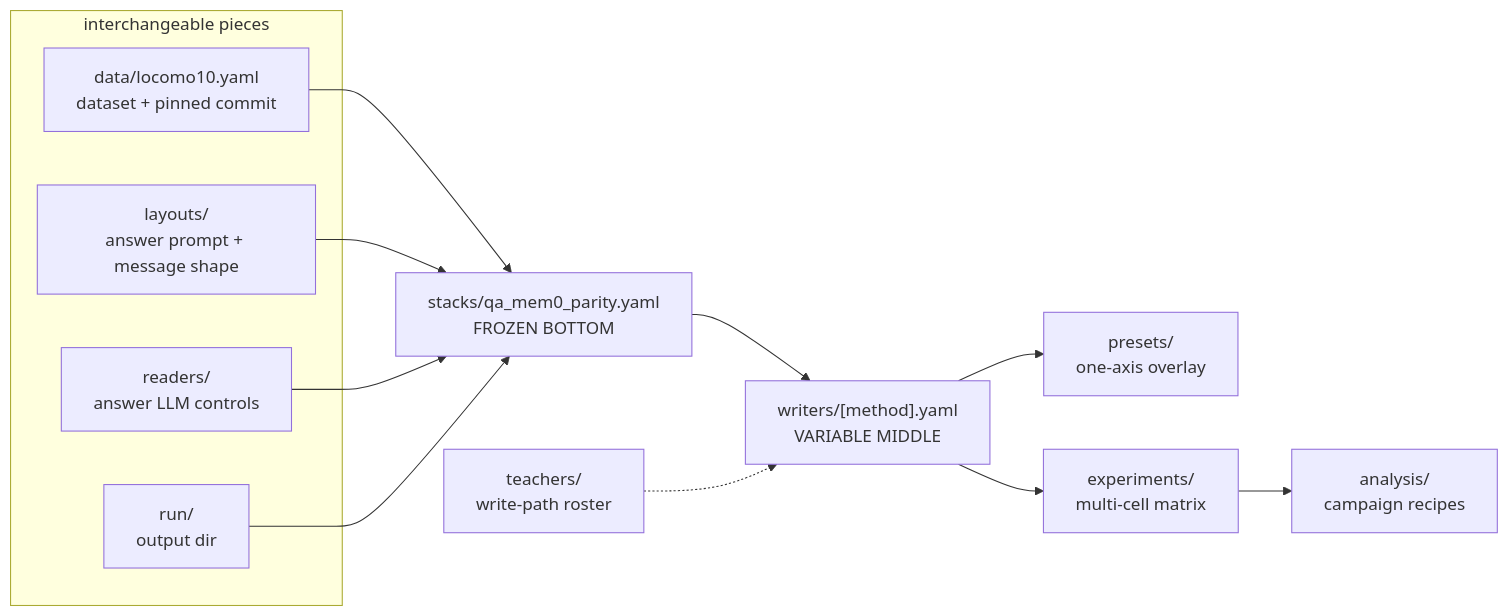
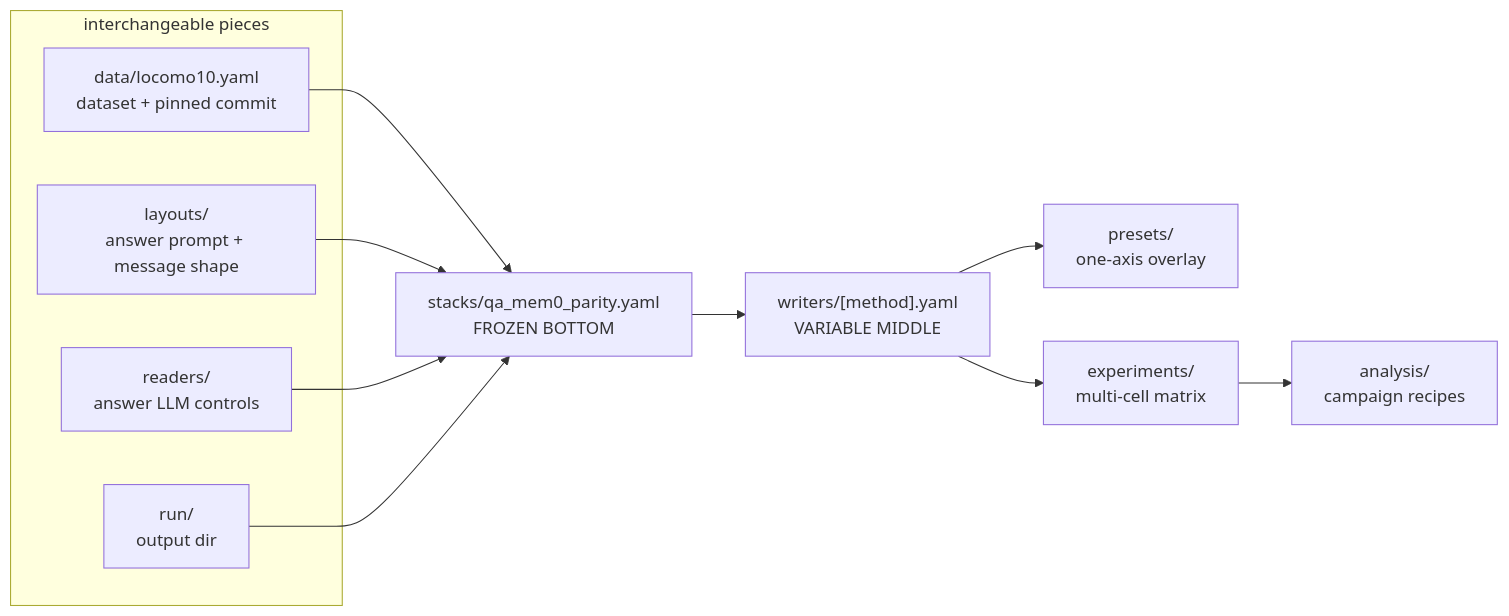
Before and after one commit to park-jsdev/long-term-memory-eval: the second of 12 diagrams in README.md, drawn with Mermaid. The commit also changed other lines of this file and 213 other files, not shown here.

````diff
--- a/README.md
+++ b/README.md
@@ -119,26 +119,24 @@
 ```mermaid
 flowchart LR
   subgraph Pieces["interchangeable pieces"]
     D["data/locomo10.yaml<br/>dataset + pinned commit"]
     L["layouts/<br/>answer prompt + message shape"]
     R["readers/<br/>answer LLM controls"]
     RUN["run/<br/>output dir"]
   end
 
   S["stacks/qa_mem0_parity.yaml<br/>FROZEN BOTTOM"]
   W["writers/[method].yaml<br/>VARIABLE MIDDLE"]
-  T["teachers/<br/>write-path roster"]
   P["presets/<br/>one-axis overlay"]
   X["experiments/<br/>multi-cell matrix"]
   A["analysis/<br/>campaign recipes"]
 
   D --> S
   L --> S
   R --> S
   RUN --> S
   S --> W
-  T -.-> W
   W --> P
   W --> X
   X --> A
 ```
````
